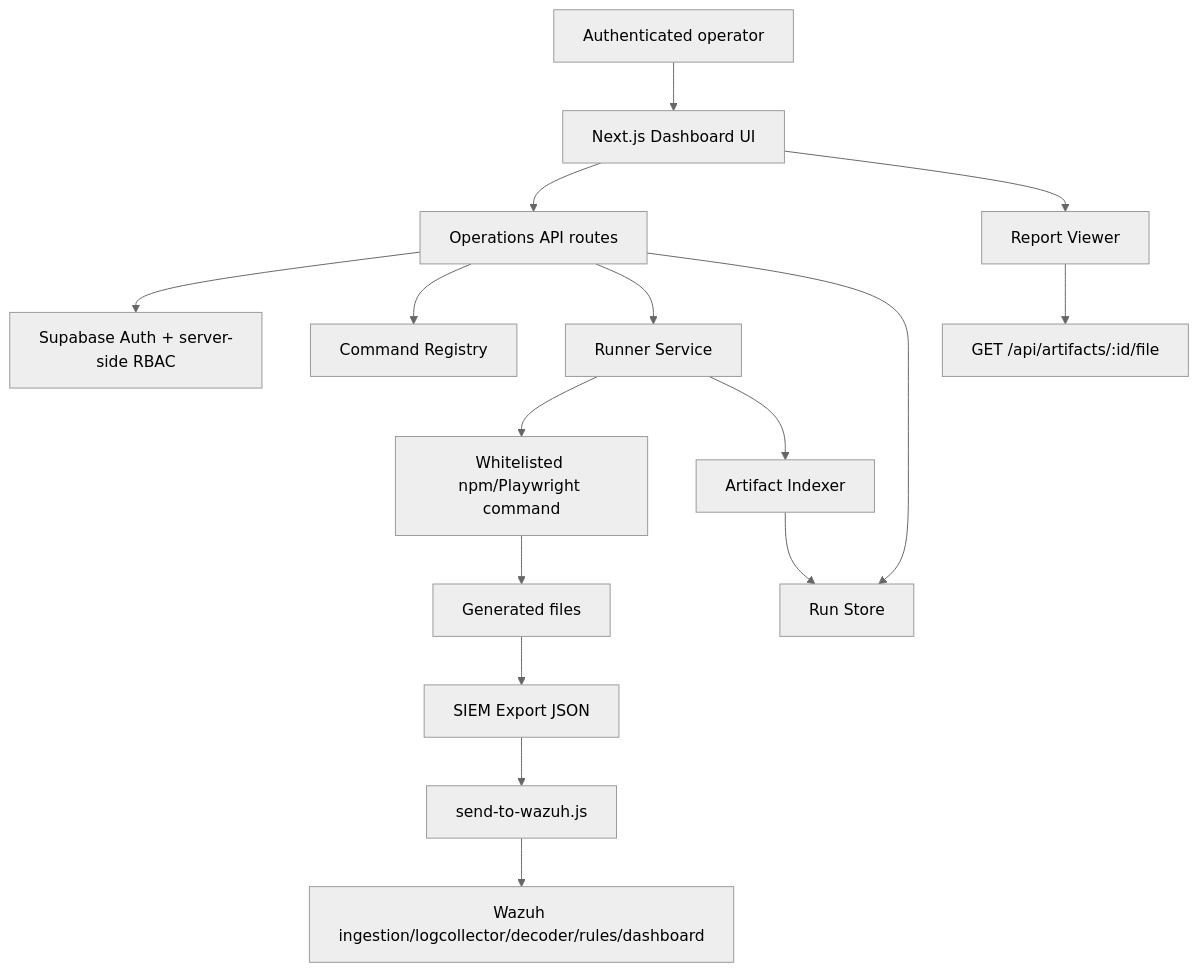
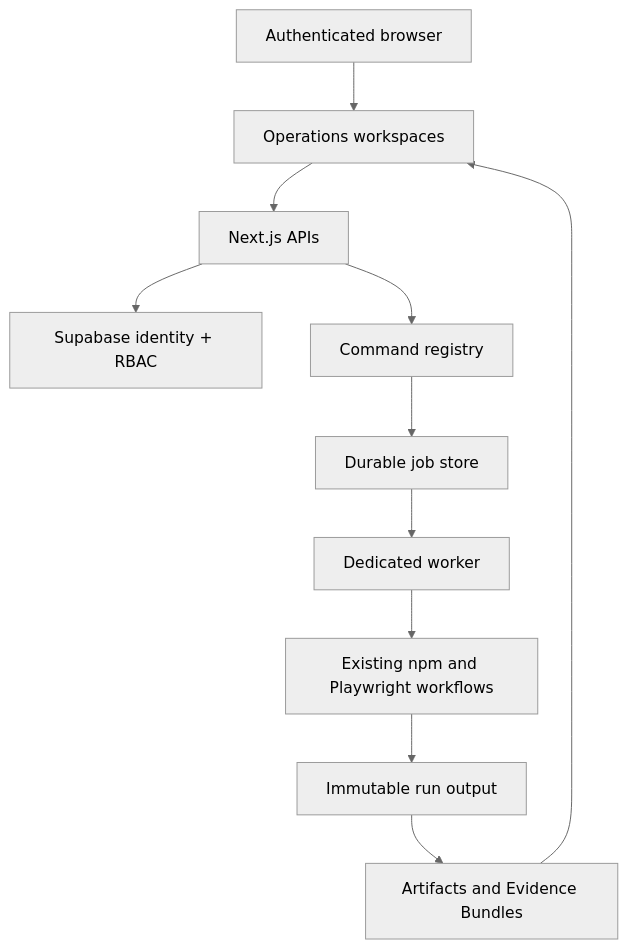
One commit to davidfrank96/web-app-qa-tests--main changed the diagram in docs/inssa-dashboard-architecture.md. Above: the diagram before and after it, drawn with Mermaid (neutral theme). The commit also changed other lines of this file and 132 other files, not shown here.

````diff
--- a/docs/inssa-dashboard-architecture.md
+++ b/docs/inssa-dashboard-architecture.md
@@ -9,18 +9,13 @@
 ```mermaid
 flowchart TD
-  User["Authenticated operator"] --> UI["Next.js Dashboard UI"]
-  UI --> API["Operations API routes"]
-  API --> Auth["Supabase Auth + server-side RBAC"]
-  API --> Registry["Command Registry"]
-  API --> Runner["Runner Service"]
-  Runner --> NPM["Whitelisted npm/Playwright command"]
-  NPM --> Outputs["Generated files"]
-  Runner --> Indexer["Artifact Indexer"]
-  Indexer --> Store["Run Store"]
-  API --> Store
-  UI --> Reports["Report Viewer"]
-  Reports --> ArtifactAPI["GET /api/artifacts/:id/file"]
-  Outputs --> SIEMExport["SIEM Export JSON"]
-  SIEMExport --> WazuhSend["send-to-wazuh.js"]
-  WazuhSend --> Wazuh["Wazuh ingestion/logcollector/decoder/rules/dashboard"]
+  Browser["Authenticated browser"] --> UI["Operations workspaces"]
+  UI --> API["Next.js APIs"]
+  API --> Guard["Supabase identity + RBAC"]
+  API --> Registry["Command registry"]
+  Registry --> Jobs["Durable job store"]
+  Jobs --> Worker["Dedicated worker"]
+  Worker --> Existing["Existing npm and Playwright workflows"]
+  Existing --> RunOutput["Immutable run output"]
+  RunOutput --> Evidence["Artifacts and Evidence Bundles"]
+  Evidence --> UI
 ```
````
